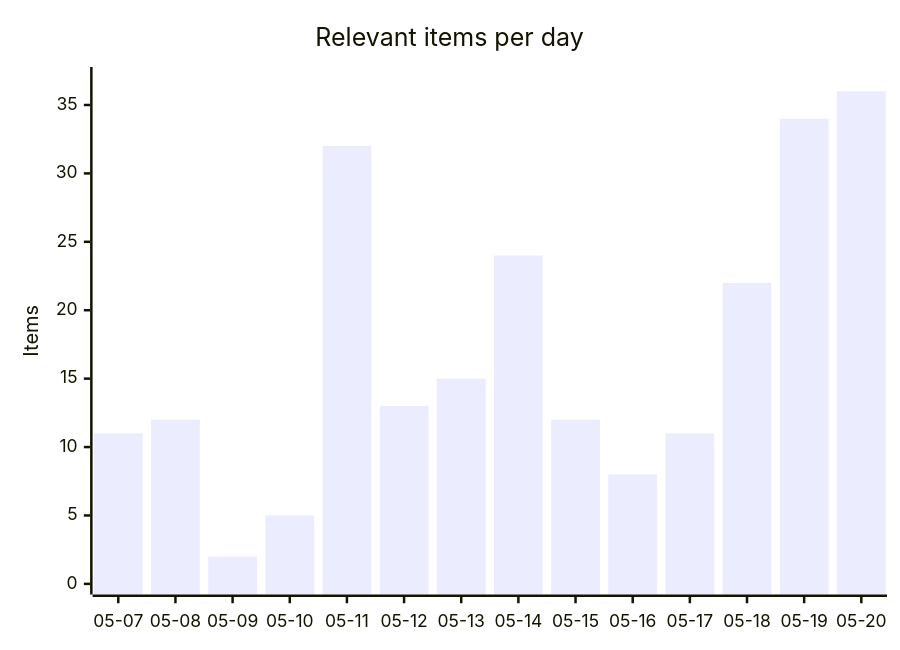
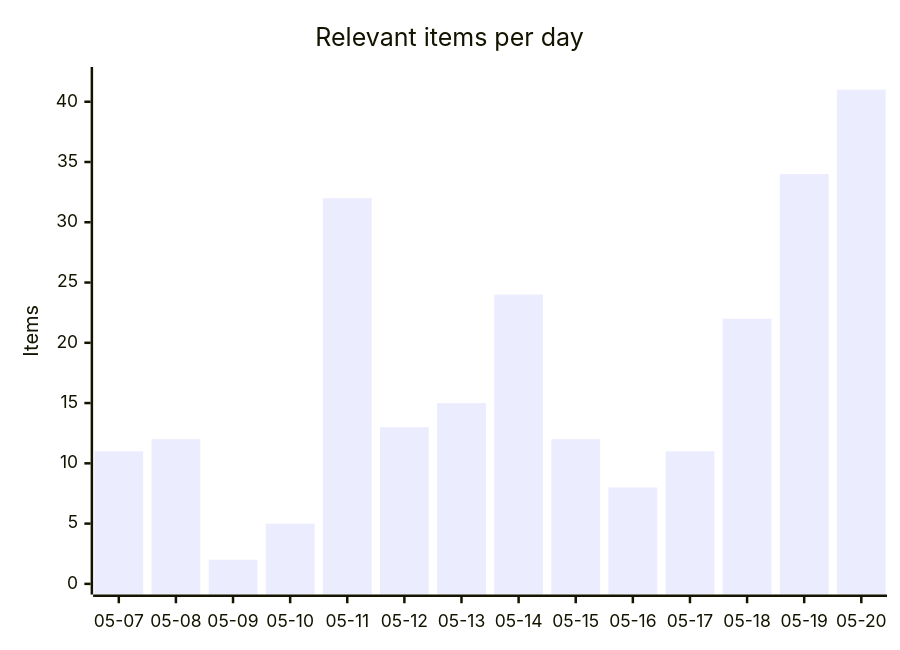
Before and after one commit to martinbalfanz/social-scanner-reports: the first of 4 diagrams in README.md, drawn with Mermaid. The commit also changed other lines of this file and 4 other files, not shown here.

````diff
--- a/README.md
+++ b/README.md
@@ -30,7 +30,7 @@
 ```mermaid
 xychart-beta
     title "Relevant items per day"
     x-axis ["05-07", "05-08", "05-09", "05-10", "05-11", "05-12", "05-13", "05-14", "05-15", "05-16", "05-17", "05-18", "05-19", "05-20"]
-    y-axis "Items" 0 --> 37
-    bar [11, 12, 2, 5, 32, 13, 15, 24, 12, 8, 11, 22, 34, 36]
+    y-axis "Items" 0 --> 42
+    bar [11, 12, 2, 5, 32, 13, 15, 24, 12, 8, 11, 22, 34, 41]
 ```
````
